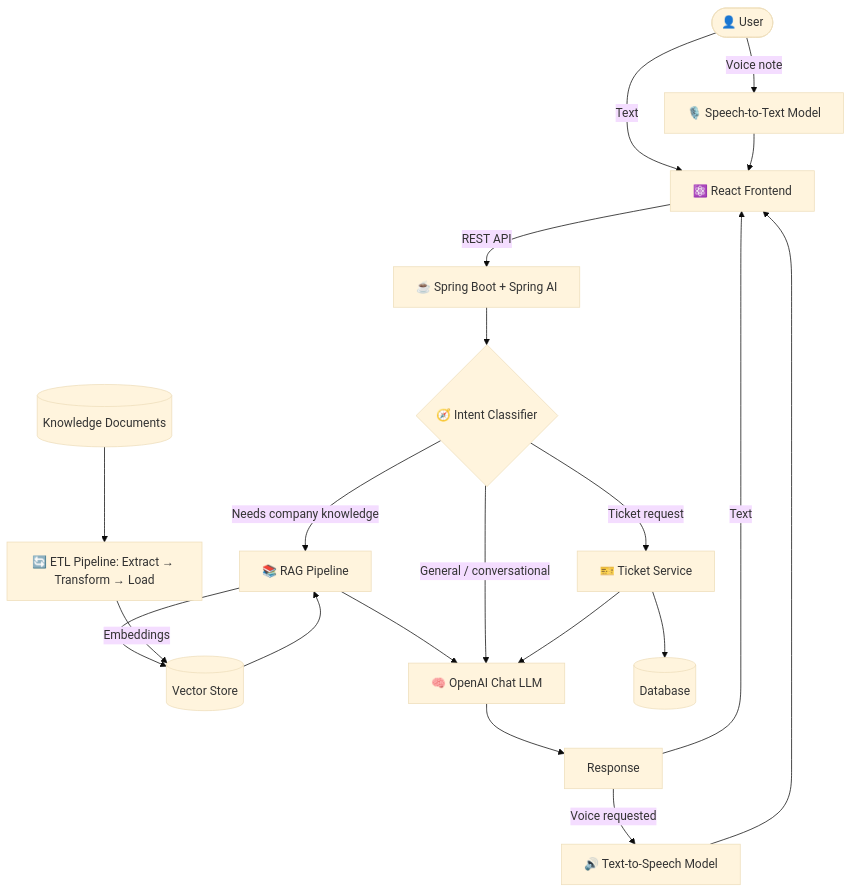
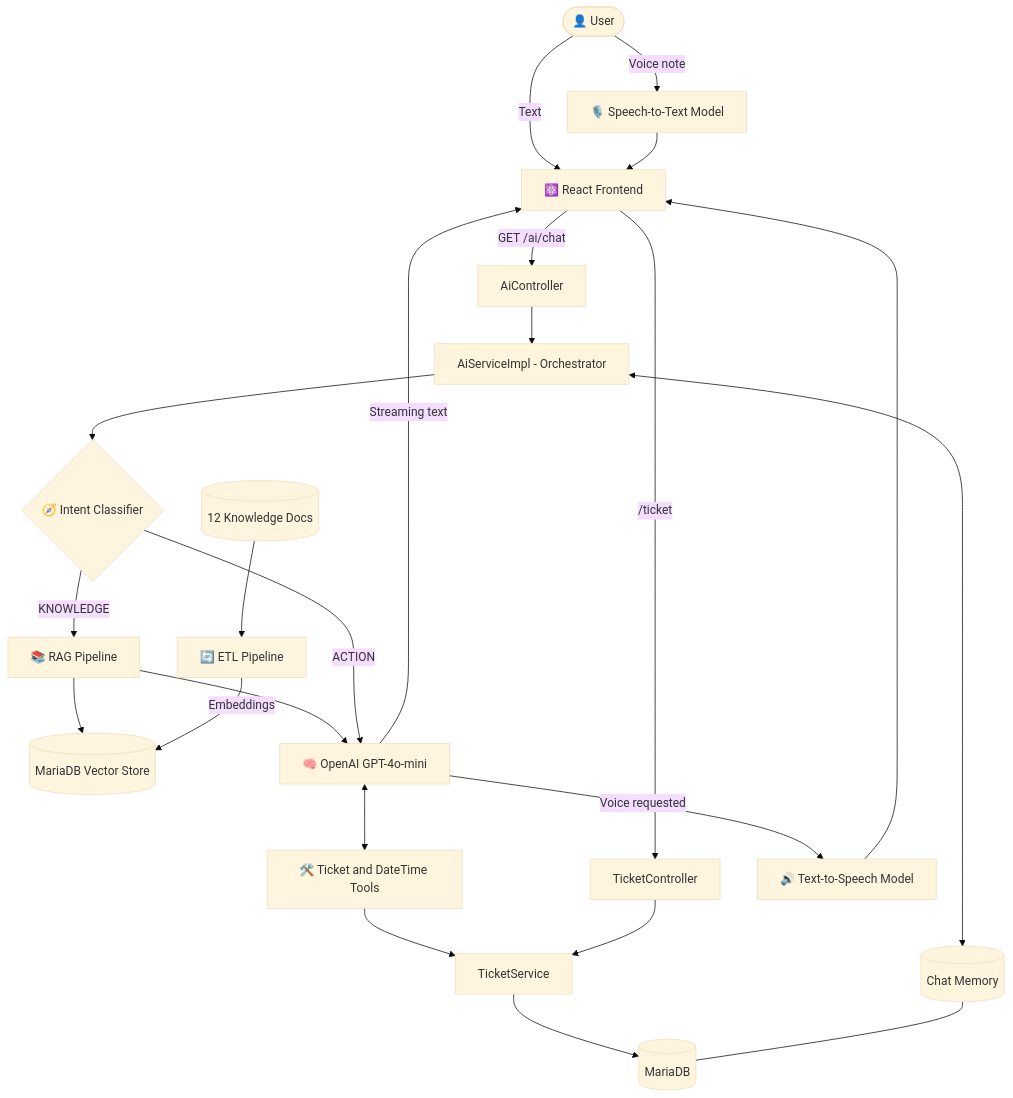
Before and after one commit to Canzova/helpdesk: the diagram in README.md, drawn with Mermaid (base theme). The commit also changed other lines of this file, not shown here.

````diff
--- a/README.md
+++ b/README.md
@@ -98,27 +119,32 @@
 ```mermaid
 flowchart TD
-    U([👤 User]) -->|Text| FE
+    U([👤 User]) -->|Text| FE[⚛️ React Frontend]
     U -->|Voice note| STT[🎙️ Speech-to-Text Model]
-    STT --> FE[⚛️ React Frontend]
-    FE -->|REST API| BE[☕ Spring Boot + Spring AI]
+    STT --> FE
 
-    BE --> IC{🧭 Intent Classifier}
+    FE -->|GET /ai/chat| AC[AiController]
+    FE -->|/ticket| TC[TicketController]
 
-    IC -->|Needs company knowledge| RAG[📚 RAG Pipeline]
-    RAG --> VS[(Vector Store)]
-    VS --> RAG
-    RAG --> LLM[🧠 OpenAI Chat LLM]
+    AC --> AI[AiServiceImpl - Orchestrator]
+    AI --> IC{🧭 Intent Classifier}
 
-    IC -->|General / conversational| LLM
-    IC -->|Ticket request| TK[🎫 Ticket Service]
-    TK --> DB[(Database)]
-    TK --> LLM
+    IC -->|KNOWLEDGE| RAG[📚 RAG Pipeline]
+    RAG --> VS[(MariaDB Vector Store)]
+    RAG --> LLM[🧠 OpenAI GPT-4o-mini]
 
-    LLM --> RESP[Response]
-    RESP -->|Text| FE
-    RESP -->|Voice requested| TTS[🔊 Text-to-Speech Model]
+    IC -->|ACTION| LLM
+    LLM <--> TOOLS[🛠️ Ticket and DateTime Tools]
+    TOOLS --> TS[TicketService]
+    TC --> TS
+    TS --> DB[(MariaDB)]
+
+    AI <--> MEM[(Chat Memory)]
+    MEM --- DB
+
+    LLM -->|Streaming text| FE
+    LLM -->|Voice requested| TTS[🔊 Text-to-Speech Model]
     TTS --> FE
 
-    ETL[🔄 ETL Pipeline: Extract → Transform → Load] -->|Embeddings| VS
-    DOCS[(Knowledge Documents)] --> ETL
+    DOCS[(12 Knowledge Docs)] --> ETL[🔄 ETL Pipeline]
+    ETL -->|Embeddings| VS
 ```
````
